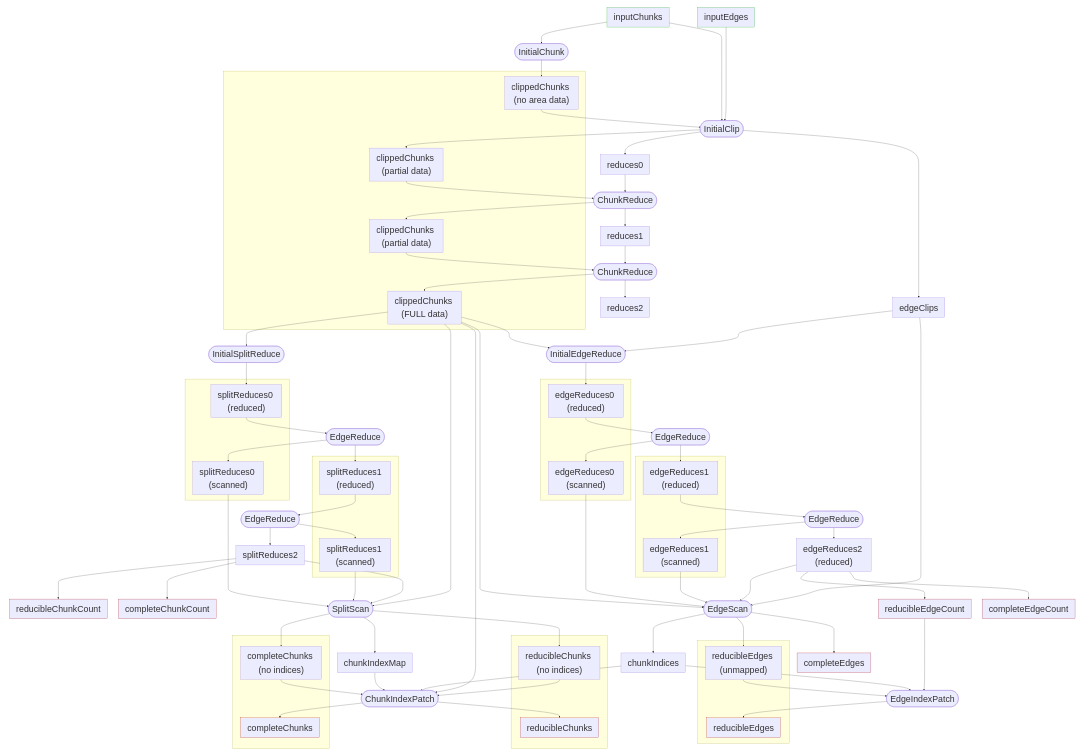
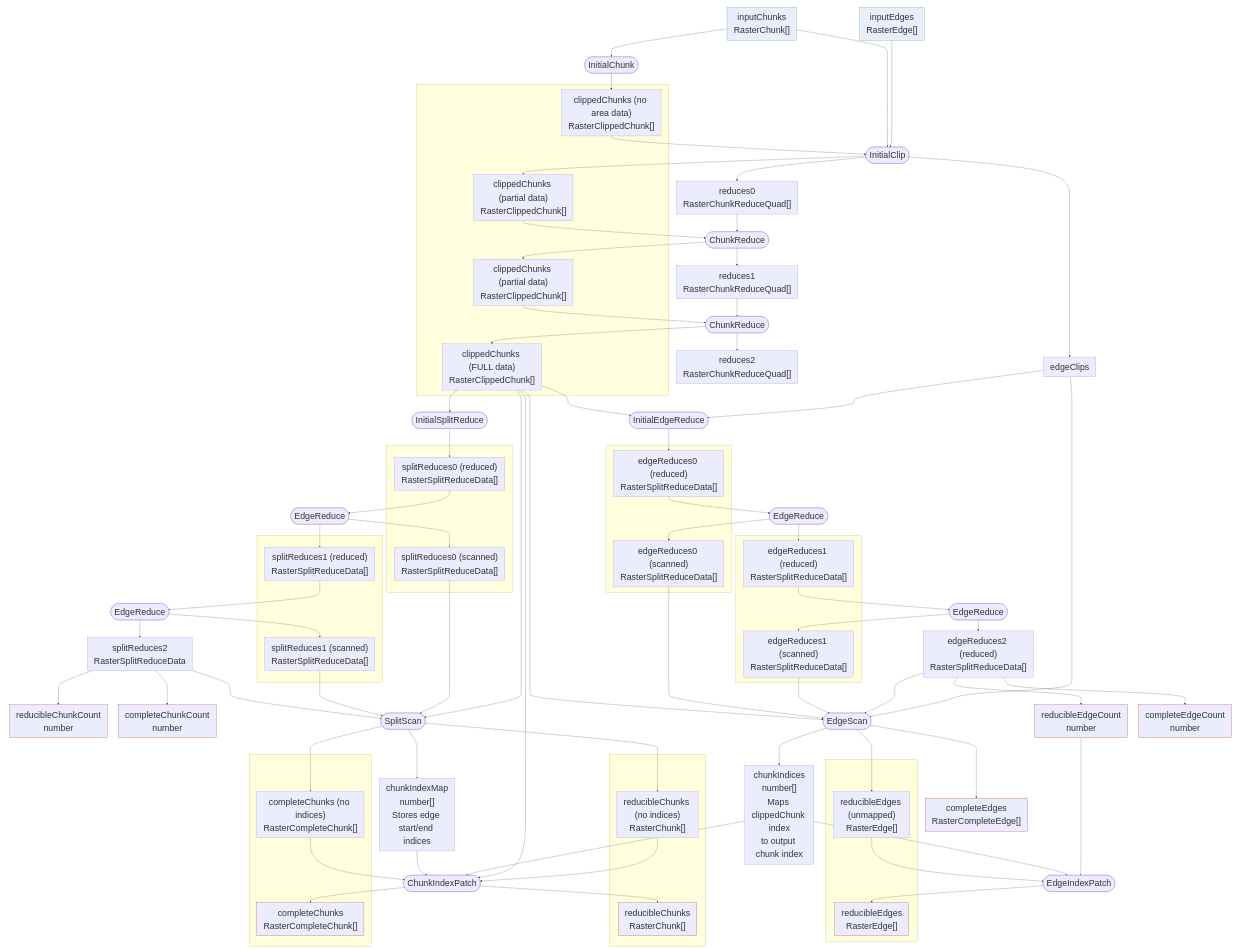
The diagram in doc/raster-clip.md (phetsims/alpenglow), drawn with Mermaid before and after one commit.

Commit message:
Improved raster-clip documentation

```diff
--- a/doc/raster-clip.md
+++ b/doc/raster-clip.md
@@ -8,28 +8,20 @@
     classDef inputClass stroke:#0a0, font-size:40px
     classDef hideClass fill:transparent, stroke:transparent
     
-    inputChunks["inputChunks"]:::inputClass
-    inputEdges["inputEdges"]:::inputClass
-    
     subgraph inputs [" "]
-        inputChunks
-        inputEdges
+        inputChunks["inputChunks<br>RasterChunk[]"]:::inputClass
+        inputEdges["inputEdges<br>RasterEdge[]"]:::inputClass
     end
     class inputs hideClass
 
     inputChunks --> InitialChunk([InitialChunk])
     InitialChunk --> clippedChunks0
-    
-    clippedChunks0["clippedChunks (no area data)"]
-    clippedChunks1["clippedChunks (partial data)"]
-    clippedChunks2["clippedChunks (partial data)"]
-    clippedChunks3["clippedChunks (FULL data)"]
 
     subgraph clippedChunks [" "]
-        clippedChunks0
-        clippedChunks1
-        clippedChunks2
-        clippedChunks3
+        clippedChunks0["clippedChunks (no area data)<br>RasterClippedChunk[]"]
+        clippedChunks1["clippedChunks (partial data)<br>RasterClippedChunk[]"]
+        clippedChunks2["clippedChunks (partial data)<br>RasterClippedChunk[]"]
+        clippedChunks3["clippedChunks (FULL data)<br>RasterClippedChunk[]"]
     end
 
     inputChunks & inputEdges & clippedChunks0 --> InitialClip([InitialClip])
@@ -45,9 +37,13 @@
 
     edgeReduces1reduce --> EdgeReduce2 --> edgeReduces1scan & edgeReduces2reduce
 
+    reduces0["reduces0<br>RasterChunkReduceQuad[]"]
+    reduces1["reduces1<br>RasterChunkReduceQuad[]"]
+    reduces2["reduces2<br>RasterChunkReduceQuad[]"]
+
     subgraph edgeCounts [" "]
-        reducibleEdgeCount:::outputClass
-        completeEdgeCount:::outputClass
+        reducibleEdgeCount["reducibleEdgeCount<br>number"]:::outputClass
+        completeEdgeCount["completeEdgeCount<br>number"]:::outputClass
     end
     class edgeCounts hideClass
 
@@ -56,7 +52,7 @@
     clippedChunks3 & edgeReduces0scan & edgeReduces1scan & edgeReduces2reduce & edgeClips --> EdgeScan([EdgeScan])
     EdgeScan --> reducibleEdges0
     EdgeScan --> completeEdges
-    EdgeScan --> chunkIndices
+    EdgeScan --> chunkIndices["chunkIndices<br>number[]<br>Maps clippedChunk index<br>to output chunk index"]
 
     chunkIndices & reducibleEdgeCount & reducibleEdges0 --> EdgeIndexPatch([EdgeIndexPatch]) --> reducibleEdges1
 
@@ -68,16 +64,16 @@
         InitialSplitReduce([InitialSplitReduce])
     
         subgraph splitReduces0 [" "]
-            splitReduces0reduce["splitReduces0 (reduced)"]
-            splitReduces0scan["splitReduces0 (scanned)"]
+            splitReduces0reduce["splitReduces0 (reduced)<br>RasterSplitReduceData[]"]
+            splitReduces0scan["splitReduces0 (scanned)<br>RasterSplitReduceData[]"]
         end
     
         subgraph splitReduces1 [" "]
-            splitReduces1reduce["splitReduces1 (reduced)"]
-            splitReduces1scan["splitReduces1 (scanned)"]
+            splitReduces1reduce["splitReduces1 (reduced)<br>RasterSplitReduceData[]"]
+            splitReduces1scan["splitReduces1 (scanned)<br>RasterSplitReduceData[]"]
         end
         
-        splitReduces2
+        splitReduces2["splitReduces2<br>RasterSplitReduceData"]
         
         EdgeReduceX([EdgeReduce])
         EdgeReduceY([EdgeReduce])
@@ -85,58 +81,58 @@
     class splits hideClass
     
     subgraph chunkCounts [" "]
-        reducibleChunkCount:::outputClass
-        completeChunkCount:::outputClass
+        reducibleChunkCount["reducibleChunkCount<br>number"]:::outputClass
+        completeChunkCount["completeChunkCount<br>number"]:::outputClass
     end
     class chunkCounts hideClass
 
     splitReduces2 --> reducibleChunkCount & completeChunkCount
 
-    splitReduces0scan & splitReduces1scan & splitReduces2 & clippedChunks3 --> SplitScan([SplitScan])
+    splitReduces2 & splitReduces1scan & splitReduces0scan & clippedChunks3 --> SplitScan([SplitScan])
     SplitScan --> reducibleChunks0
     SplitScan --> completeChunks0
-    SplitScan --> chunkIndexMap
+    SplitScan --> chunkIndexMap["chunkIndexMap<br>number[]<br>Stores edge start/end indices"]
 
     reducibleChunks0 & completeChunks0 & chunkIndexMap & chunkIndices & clippedChunks3 --> ChunkIndexPatch([ChunkIndexPatch])
     ChunkIndexPatch --> reducibleChunks1:::outputClass & completeChunks1:::outputClass
 
     subgraph edges [" "]
         subgraph edgeReduces0 [" "]
-            edgeReduces0reduce["edgeReduces0 (reduced)"]
-            edgeReduces0scan["edgeReduces0 (scanned)"]
+            edgeReduces0reduce["edgeReduces0 (reduced)<br>RasterSplitReduceData[]"]
+            edgeReduces0scan["edgeReduces0 (scanned)<br>RasterSplitReduceData[]"]
         end
         
         EdgeReduce1([EdgeReduce])
     
         subgraph edgeReduces1 [" "]
-            edgeReduces1reduce["edgeReduces1 (reduced)"]
-            edgeReduces1scan["edgeReduces1 (scanned)"]
+            edgeReduces1reduce["edgeReduces1 (reduced)<br>RasterSplitReduceData[]"]
+            edgeReduces1scan["edgeReduces1 (scanned)<br>RasterSplitReduceData[]"]
         end
         
         EdgeReduce2([EdgeReduce])
         
-        edgeReduces2reduce["edgeReduces2 (reduced)"]
+        edgeReduces2reduce["edgeReduces2 (reduced)<br>RasterSplitReduceData[]"]
     end
     class edges hideClass
     
     subgraph outputEdges [" "]
         subgraph reducibleEdges [" "]
-            reducibleEdges0["reducibleEdges (unmapped)"]
-            reducibleEdges1["reducibleEdges"]:::outputClass
+            reducibleEdges0["reducibleEdges (unmapped)<br>RasterEdge[]"]
+            reducibleEdges1["reducibleEdges<br>RasterEdge[]"]:::outputClass
         end
         
-        completeEdges:::outputClass
+        completeEdges["completeEdges<br>RasterCompleteEdge[]"]:::outputClass
     end
     class outputEdges hideClass
 
     subgraph reducibleChunks [" "]
-        reducibleChunks0["reducibleChunks (no indices)"]
-        reducibleChunks1["reducibleChunks"]
+        reducibleChunks0["reducibleChunks (no indices)<br>RasterChunk[]"]
+        reducibleChunks1["reducibleChunks<br>RasterChunk[]"]
     end
 
     subgraph completeChunks [" "]
-        completeChunks0["completeChunks (no indices)"]
-        completeChunks1["completeChunks"]
+        completeChunks0["completeChunks (no indices)<br>RasterCompleteChunk[]"]
+        completeChunks1["completeChunks<br>RasterCompleteChunk[]"]
     end
     
 %%    subgraph outputs [" "]
```
